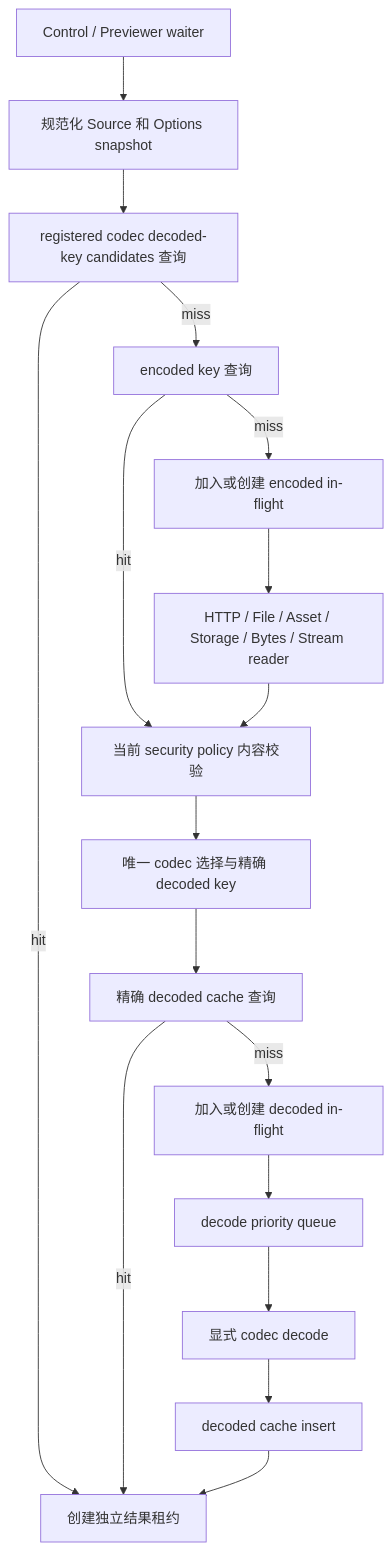
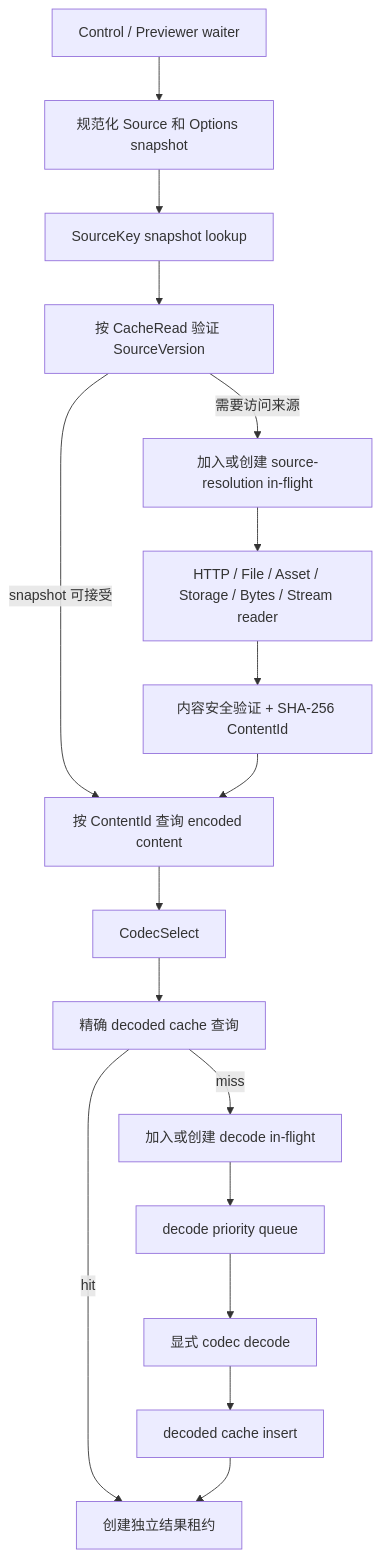
Before and after one commit to chinware/AtomUI: the diagram in docs/architecture/systems/image-loading/pipeline-and-lifecycle.md, drawn with Mermaid. The commit also changed other lines of this file and 114 other files, not shown here.

Commit message:
refactor(ImageLoading)!: 重构图片源、缓存与预览切换管线

````diff
--- a/docs/architecture/systems/image-loading/pipeline-and-lifecycle.md
+++ b/docs/architecture/systems/image-loading/pipeline-and-lifecycle.md
@@ -124,19 +126,19 @@
 ```mermaid
 flowchart TD
     Control["Control / Previewer waiter"] --> Normalize["规范化 Source 和 Options snapshot"]
-    Normalize --> CandidateLookup["registered codec decoded-key candidates 查询"]
-    CandidateLookup -->|hit| Lease["创建独立结果租约"]
-    CandidateLookup -->|miss| EncodedLookup["encoded key 查询"]
-    EncodedLookup -->|hit| Validate["当前 security policy 内容校验"]
-    EncodedLookup -->|miss| EncodedJoin["加入或创建 encoded in-flight"]
-    EncodedJoin --> Read["HTTP / File / Asset / Storage / Bytes / Stream reader"]
-    Read --> Validate
-    Validate --> CodecSelect["唯一 codec 选择与精确 decoded key"]
+    Normalize --> Snapshot["SourceKey snapshot lookup"]
+    Snapshot --> Resolve["按 CacheRead 验证 SourceVersion"]
+    Resolve -->|需要访问来源| SourceJoin["加入或创建 source-resolution in-flight"]
+    SourceJoin --> Read["HTTP / File / Asset / Storage / Bytes / Stream reader"]
+    Resolve -->|snapshot 可接受| ContentLookup["按 ContentId 查询 encoded content"]
+    Read --> Validate["内容安全验证 + SHA-256 ContentId"]
+    Validate --> ContentLookup
+    ContentLookup --> CodecSelect
     CodecSelect --> DecodedLookup["精确 decoded cache 查询"]
-    DecodedLookup -->|hit| Lease
-    DecodedLookup -->|miss| DecodedJoin["加入或创建 decoded in-flight"]
+    DecodedLookup -->|hit| Lease["创建独立结果租约"]
+    DecodedLookup -->|miss| DecodedJoin["加入或创建 decode in-flight"]
     DecodedJoin --> DecodeQueue["decode priority queue"]
     DecodeQueue --> Codec["显式 codec decode"]
     Codec --> Insert["decoded cache insert"]
     Insert --> Lease
 ```
````
